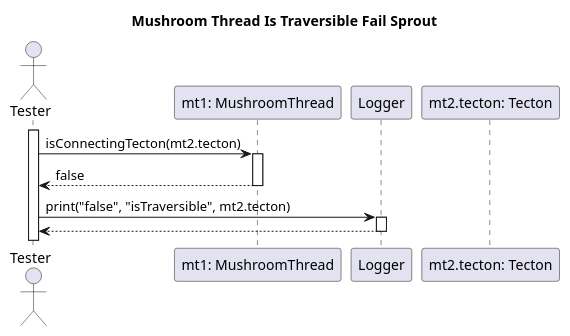
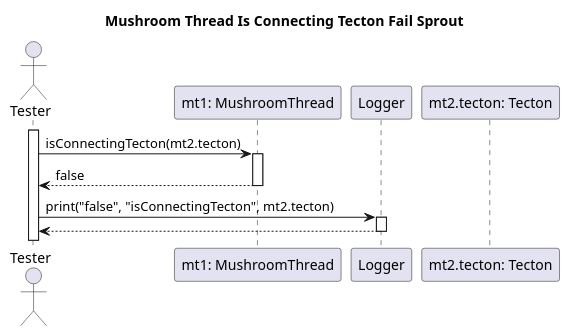
The diagram in diagrams/test-sequence/mushroom/connectingTectonFailSprout.wsd (dzsem/projlab), drawn with PlantUML before and after one commit. The commit also changed 2 other files, not shown here.

Commit message:
Fixed logger message in connectingTecton sd-s

```diff
--- a/diagrams/test-sequence/mushroom/connectingTectonFailSprout.wsd
+++ b/diagrams/test-sequence/mushroom/connectingTectonFailSprout.wsd
@@ -1,22 +1,22 @@
 @startuml Mushroom Thread Is Traversible Fail Sprout
 
-title Mushroom Thread Is Traversible Fail Sprout
+title Mushroom Thread Is Connecting Tecton Fail Sprout
 
 actor "Tester" as tester
 
 participant "mt1: MushroomThread" as mt1
 participant "Logger" as logger
 participant "mt2.tecton: Tecton" as t2
 
 activate tester
 tester -> mt1: isConnectingTecton(mt2.tecton)
 activate mt1
 mt1 --> tester: false
 deactivate mt1
 
-tester -> logger: print("false", "isTraversible", mt2.tecton)
+tester -> logger: print("false", "isConnectingTecton", mt2.tecton)
 activate logger
 logger --> tester
 deactivate logger
 
 @enduml
```
